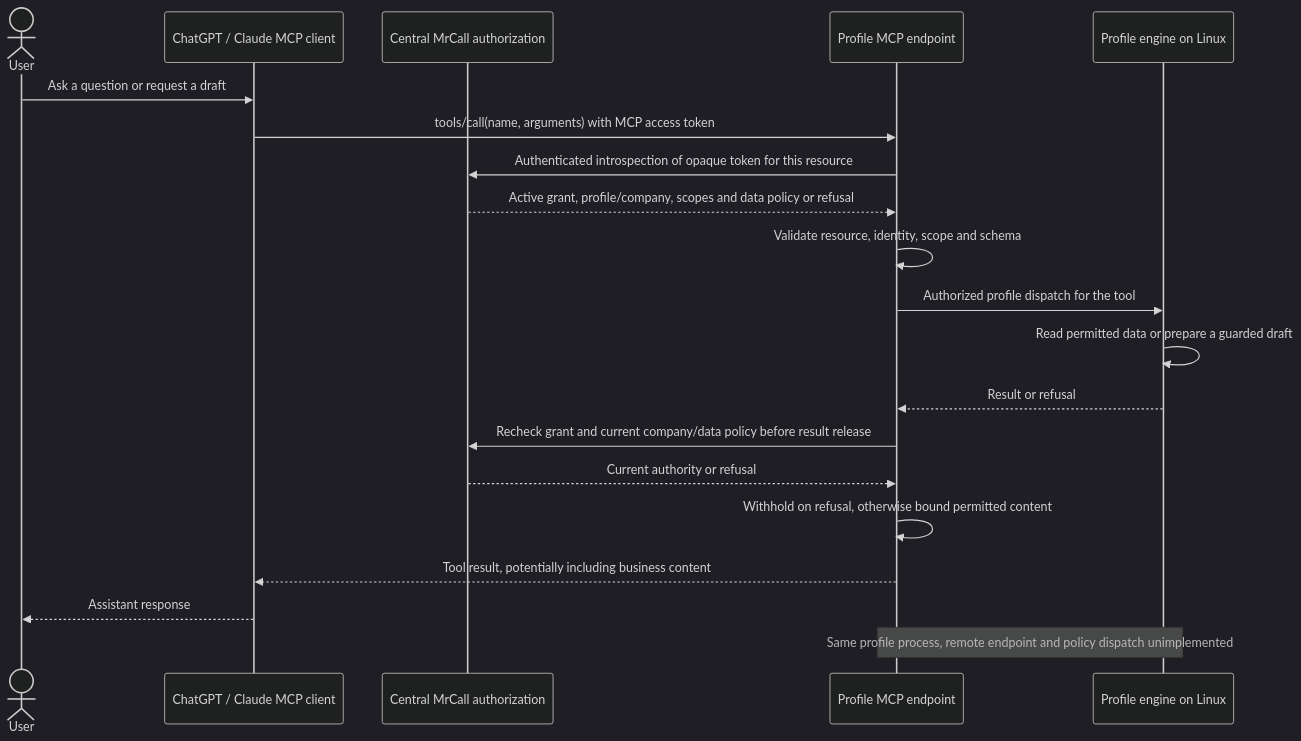
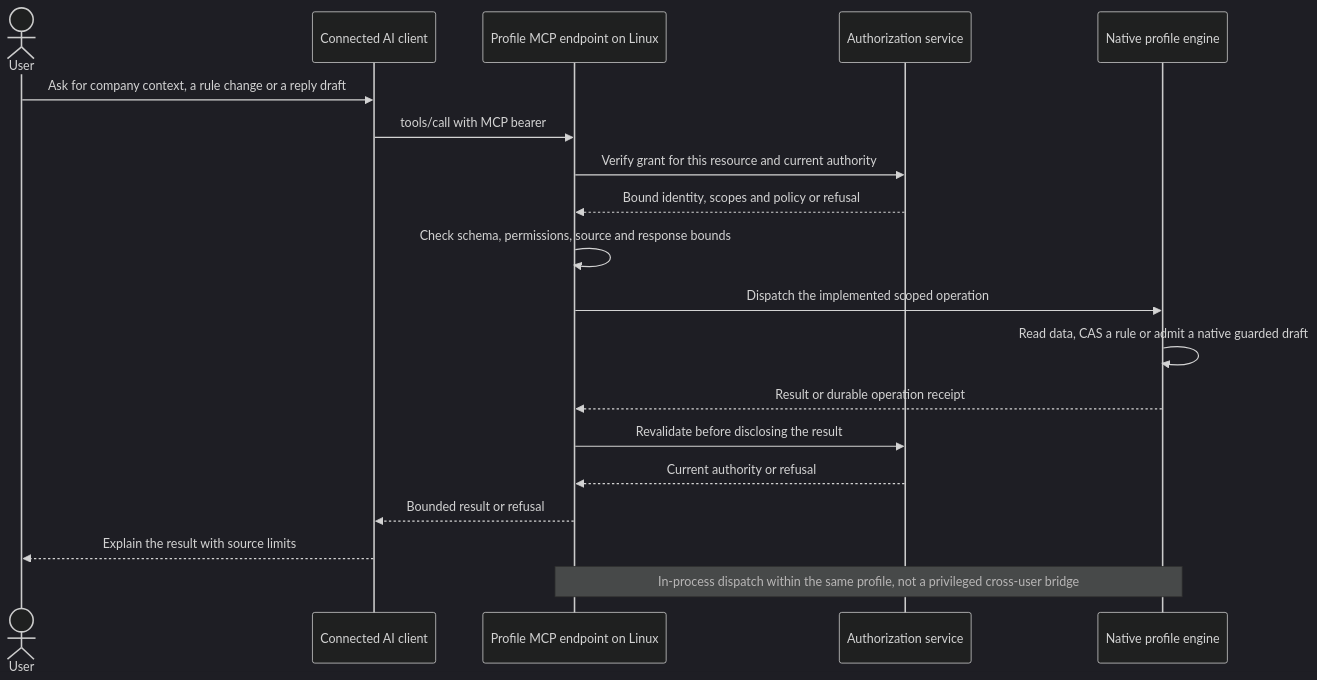
The diagram in docs/operator-data-flows.md (hahnbanach/mrcall-desktop), drawn with Mermaid (dark theme) before and after one commit. The commit also changed other lines of this file and 9 other files, not shown here.

Commit message:
docs: close current-main operator MCP source integration

````diff
--- a/docs/operator-data-flows.md
+++ b/docs/operator-data-flows.md
@@ -20,22 +33,21 @@
 ```mermaid
 sequenceDiagram
 actor U as User
-participant C as ChatGPT / Claude MCP client
-participant A as Central MrCall authorization
-participant M as Profile MCP endpoint
-participant E as Profile engine on Linux
-U->>C: Ask a question or request a draft
-C->>M: tools/call(name, arguments) with MCP access token
-M->>A: Authenticated introspection of opaque token for this resource
-A-->>M: Active grant, profile/company, scopes and data policy or refusal
-M->>M: Validate resource, identity, scope and schema
-M->>E: Authorized profile dispatch for the tool
-E->>E: Read permitted data or prepare a guarded draft
-E-->>M: Result or refusal
-M->>A: Recheck grant and current company/data policy before result release
+participant C as Connected AI client
+participant M as Profile MCP endpoint on Linux
+participant A as Authorization service
+participant E as Native profile engine
+U->>C: Ask for company context, a rule change or a reply draft
+C->>M: tools/call with MCP bearer
+M->>A: Verify grant for this resource and current authority
+A-->>M: Bound identity, scopes and policy or refusal
+M->>M: Check schema, permissions, source and response bounds
+M->>E: Dispatch the implemented scoped operation
+E->>E: Read data, CAS a rule or admit a native guarded draft
+E-->>M: Result or durable operation receipt
+M->>A: Revalidate before disclosing the result
 A-->>M: Current authority or refusal
-M->>M: Withhold on refusal, otherwise bound permitted content
-M-->>C: Tool result, potentially including business content
-C-->>U: Assistant response
-Note over M,E: Same profile process, remote endpoint and policy dispatch unimplemented
+M-->>C: Bounded result or refusal
+C-->>U: Explain the result with source limits
+Note over M,E: In-process dispatch within the same profile, not a privileged cross-user bridge
 ```
````
